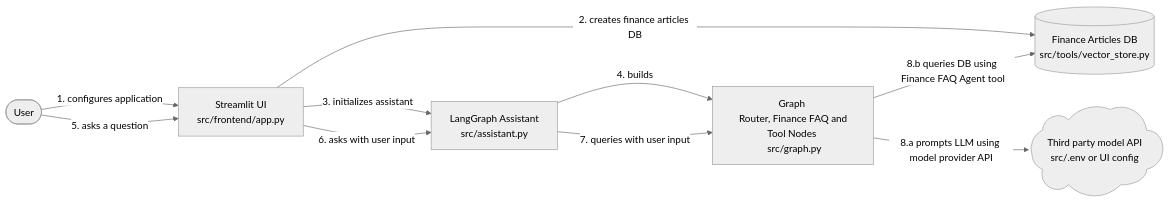
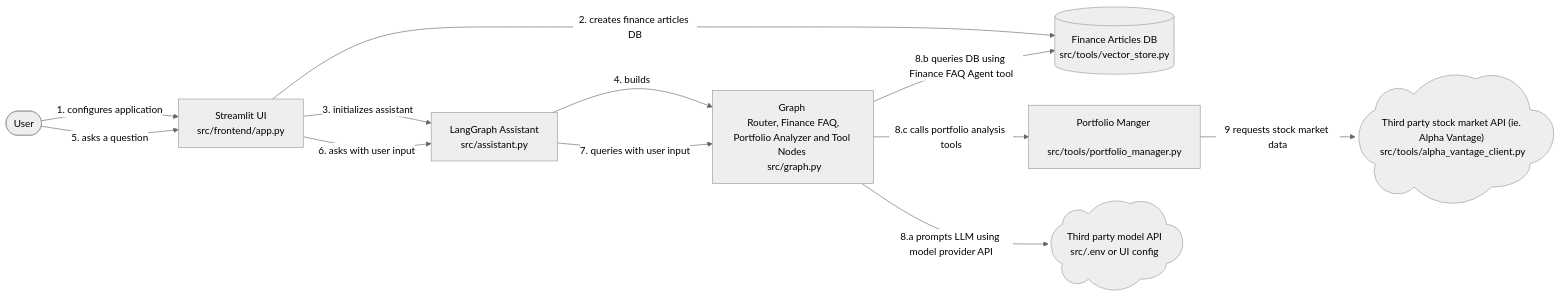
One commit to flvela/finlit-ai changed the first of 2 diagrams in README.md. Above: the diagram before and after it, drawn with Mermaid (neutral theme). The commit also changed other lines of this file and 1 other file, not shown here.

Commit message:
update README to include portfolio analyzer in high level architecture diagram (#8)

````diff
--- a/README.md
+++ b/README.md
@@ -21,19 +21,23 @@
 ```mermaid
 flowchart LR
   User([User])
   UI[Streamlit UI <br/> src/frontend/app.py]
   Assistant[LangGraph Assistant <br/> src/assistant.py]
-  FinLitGraph[Graph <br/> Router, Finance FAQ and Tool Nodes <br/> src/graph.py]
+  FinLitGraph[Graph <br/> Router, Finance FAQ, Portfolio Analyzer and Tool Nodes <br/> src/graph.py]
   ArticlesDB[(Finance Articles DB <br/> src/tools/vector_store.py)]
+  PortfolioManager[Portfolio Manger <br/> src/tools/portfolio_manager.py]
   ModelProvider@{ shape: cloud, label: "Third party model API <br/> src/.env or UI config"}
+  StockMarketAPI@{ shape: cloud, label: "Third party stock market API (ie. Alpha Vantage) <br/>src/tools/alpha_vantage_client.py"}
 
   User -->|1. configures application| UI
   User -->|5. asks a question| UI
   UI -->|2. creates finance articles DB| ArticlesDB
   UI -->|3. initializes assistant| Assistant
   UI -->|6. asks with user input| Assistant
   Assistant -->|4. builds | FinLitGraph
   Assistant -->|7. queries with user input| FinLitGraph
   FinLitGraph -->|8.b queries DB using Finance FAQ Agent tool| ArticlesDB
   FinLitGraph -->|8.a prompts LLM using model provider API| ModelProvider
+  FinLitGraph -->|8.c calls portfolio analysis tools | PortfolioManager
+  PortfolioManager -->|9 requests stock market data | StockMarketAPI
 ```
````
